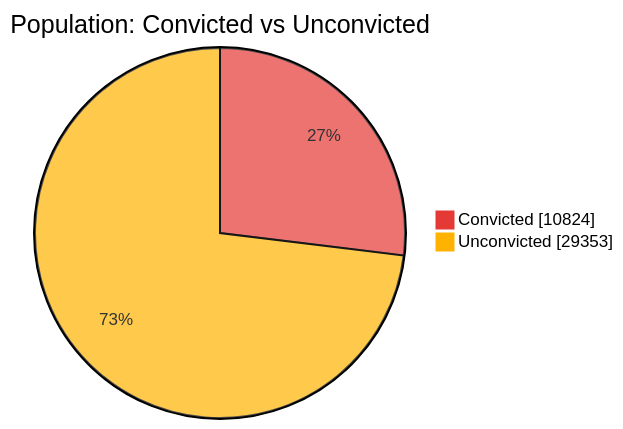
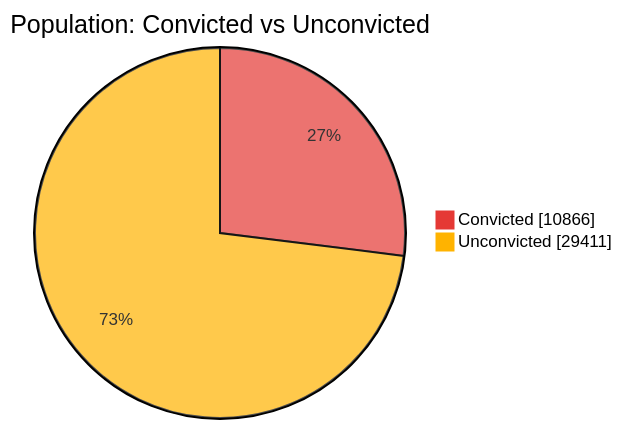
One commit to nuuuwan/lk_prisons changed the first of 7 diagrams in README.md. Above: the diagram before and after it, drawn with Mermaid. The commit also changed other lines of this file and 1 other file, not shown here.

````diff
--- a/README.md
+++ b/README.md
@@ -43,6 +43,6 @@
 ```mermaid
 %%{init: {'themeVariables': {'pie1': '#E53935', 'pie2': '#FFB300'}}}%%
 pie showData title Population: Convicted vs Unconvicted
-    "Convicted" : 10824
-    "Unconvicted" : 29353
+    "Convicted" : 10866
+    "Unconvicted" : 29411
 ```
````
